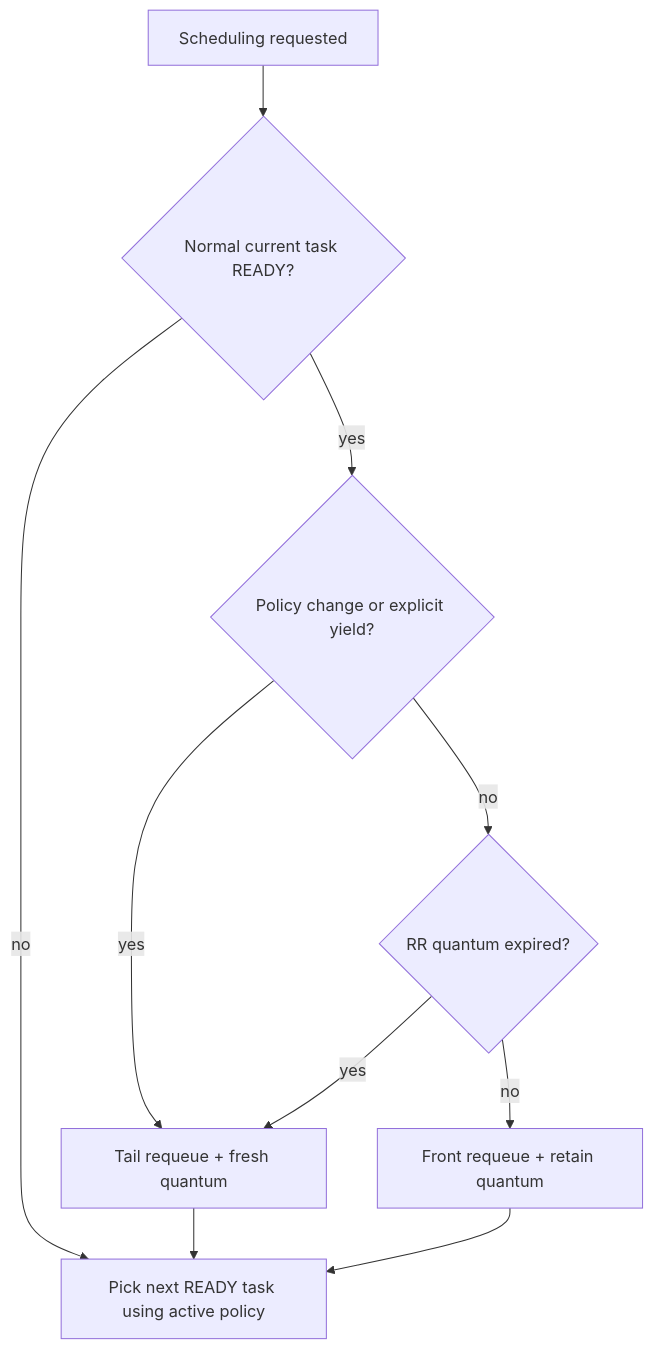
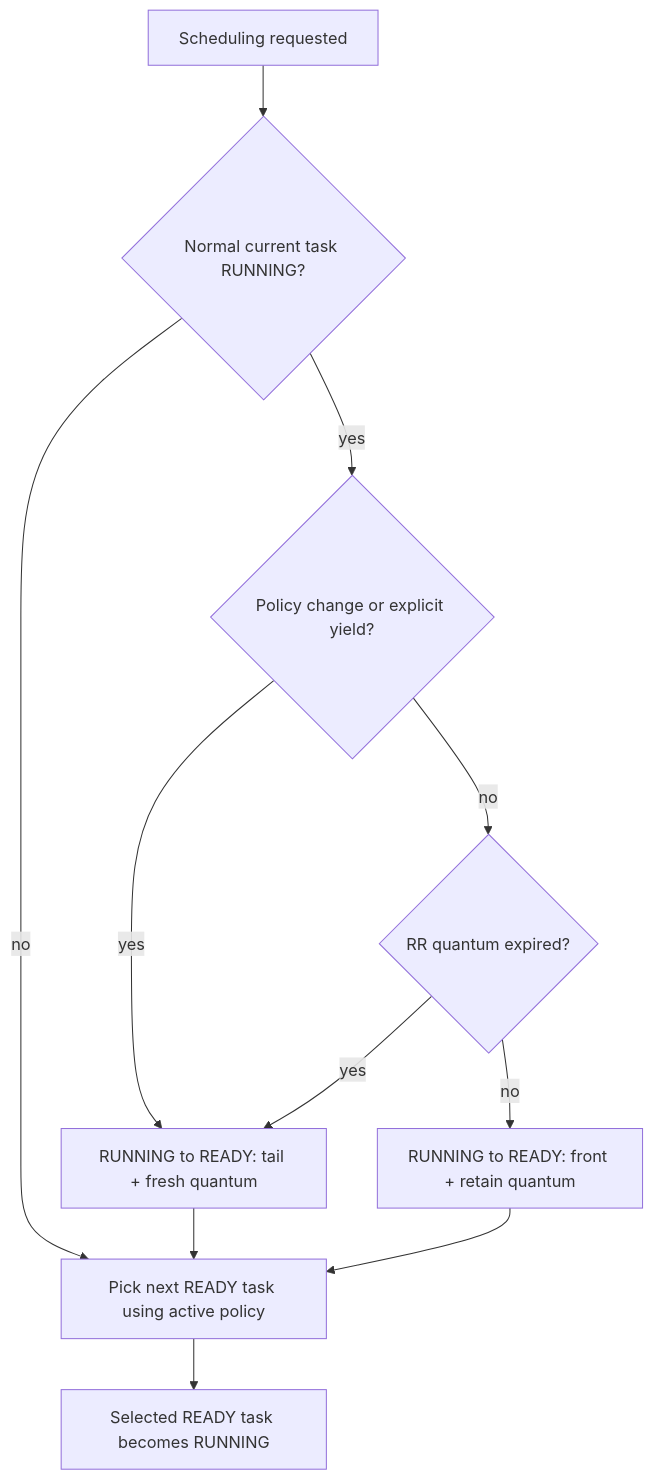
One commit to ExoSpaceLabs/hardrt changed the diagram in docs/SCHEDULING.md. Above: the diagram before and after it, drawn with Mermaid. The commit also changed other lines of this file, not shown here.

Commit message:
docs(hardrt): align scheduler contract with running state

````diff
--- a/docs/SCHEDULING.md
+++ b/docs/SCHEDULING.md
@@ -134,12 +159,13 @@
 ```mermaid
 flowchart TD
-    A[Scheduling requested] --> B{Normal current task READY?}
+    A[Scheduling requested] --> B{Normal current task RUNNING?}
     B -- no --> P[Pick next READY task using active policy]
     B -- yes --> C{Policy change or explicit yield?}
-    C -- yes --> D[Tail requeue + fresh quantum]
+    C -- yes --> D[RUNNING to READY: tail + fresh quantum]
     C -- no --> E{RR quantum expired?}
     E -- yes --> D
-    E -- no --> F[Front requeue + retain quantum]
+    E -- no --> F[RUNNING to READY: front + retain quantum]
     D --> P
     F --> P
+    P --> R[Selected READY task becomes RUNNING]
 ```
````
